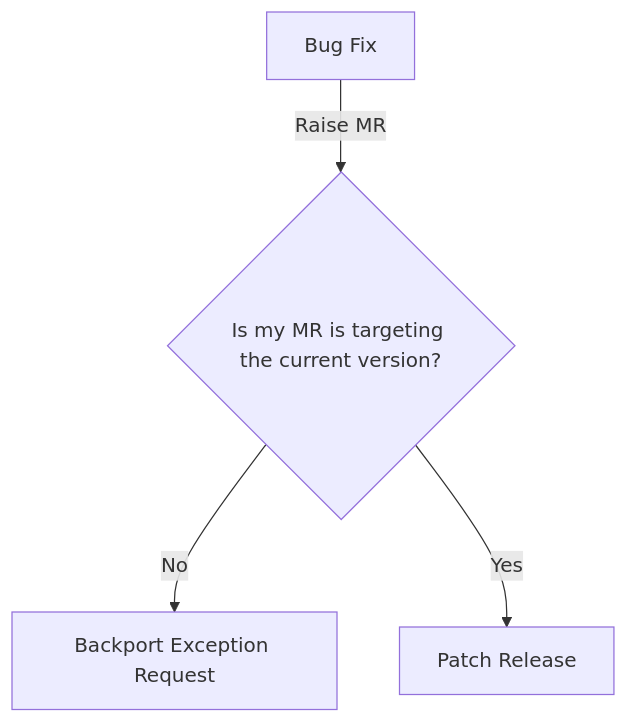
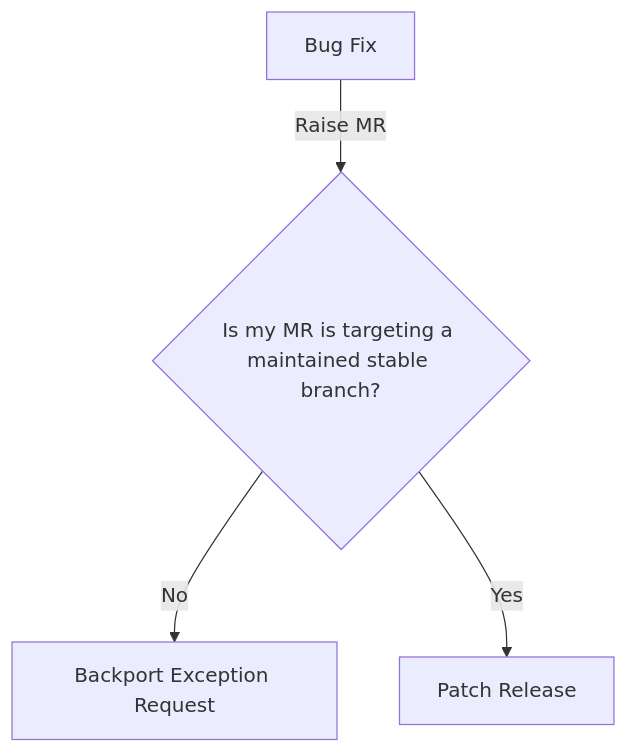
Before and after one commit to zalyoung/gitlab-handbook: the diagram in content/handbook/engineering/releases/backports.md, drawn with Mermaid. The commit also changed other lines of this file, not shown here.

Commit message:
Update backport policy docs to reflect the extended maintenance policy

````diff
--- a/content/handbook/engineering/releases/backports.md
+++ b/content/handbook/engineering/releases/backports.md
@@ -13,9 +13,10 @@
 ```mermaid
 graph TD
-    A[Bug Fix] -->|Raise MR| C{Is my MR is targeting the current version?}
+    A[Bug Fix] -->|Raise MR| C{Is my MR is targeting a maintained stable branch?}
     C -->|No| E[Backport Exception Request]
     C -->|Yes| F[Patch Release]
+    click C "https://docs.gitlab.com/policy/maintenance/#maintained-versions"
     click E "/handbook/engineering/releases/backports/#what-if-my-backport-is-not-covered-by-the-maintenance-policy"
     click F "/handbook/engineering/releases/#patch-releases-overview"
 
 ```
````
